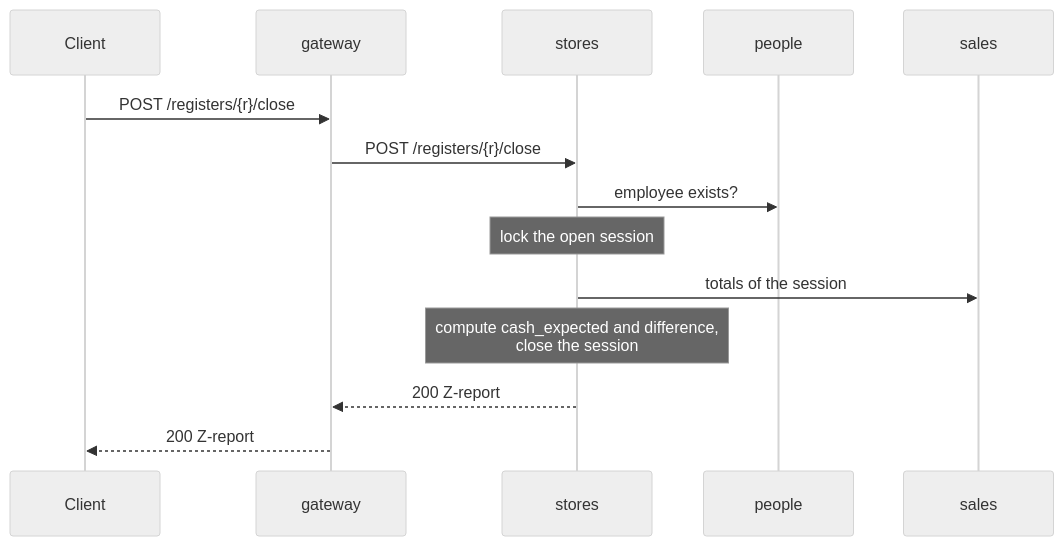
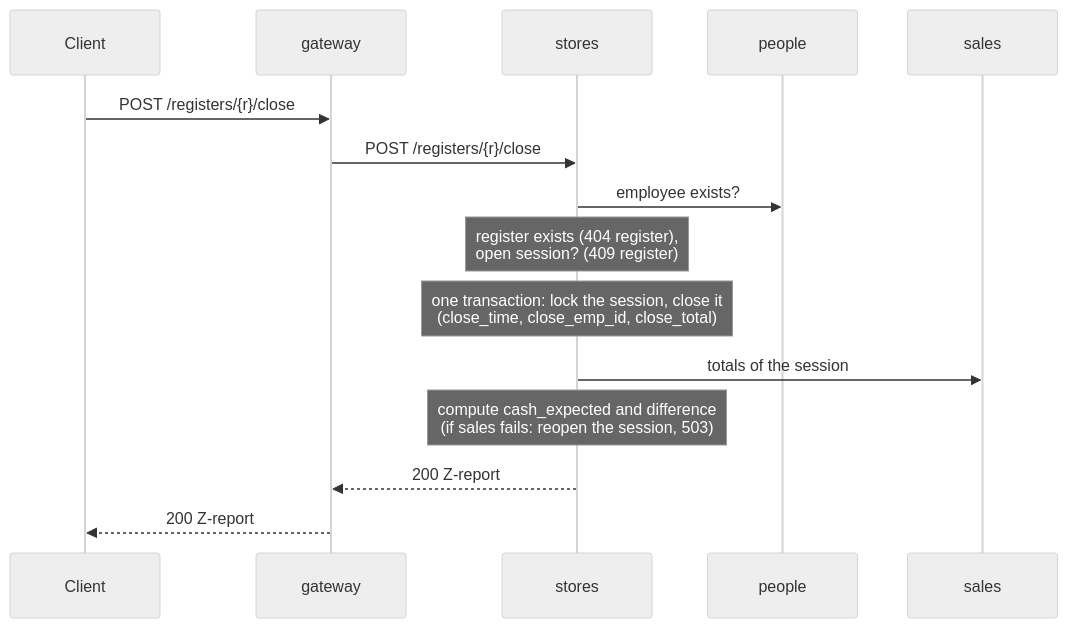
The sixth of 11 diagrams in docs/design.md (karliskalnakarklis/Group-F), drawn with Mermaid (neutral theme) before and after one commit. The commit also changed other lines of this file, not shown here.

````diff
--- a/docs/design.md
+++ b/docs/design.md
@@ -93,16 +272,17 @@
 ```mermaid
 sequenceDiagram
     participant C as Client
     participant G as gateway
     participant ST as stores
     participant P as people
     participant S as sales
     C->>G: POST /registers/{r}/close
     G->>ST: POST /registers/{r}/close
     ST->>P: employee exists?
-    Note over ST: lock the open session
+    Note over ST: register exists (404 register),<br/>open session? (409 register)
+    Note over ST: one transaction: lock the session, close it<br/>(close_time, close_emp_id, close_total)
     ST->>S: totals of the session
-    Note over ST: compute cash_expected and difference,<br/>close the session
+    Note over ST: compute cash_expected and difference<br/>(if sales fails: reopen the session, 503)
     ST-->>G: 200 Z-report
     G-->>C: 200 Z-report
 ```
````
